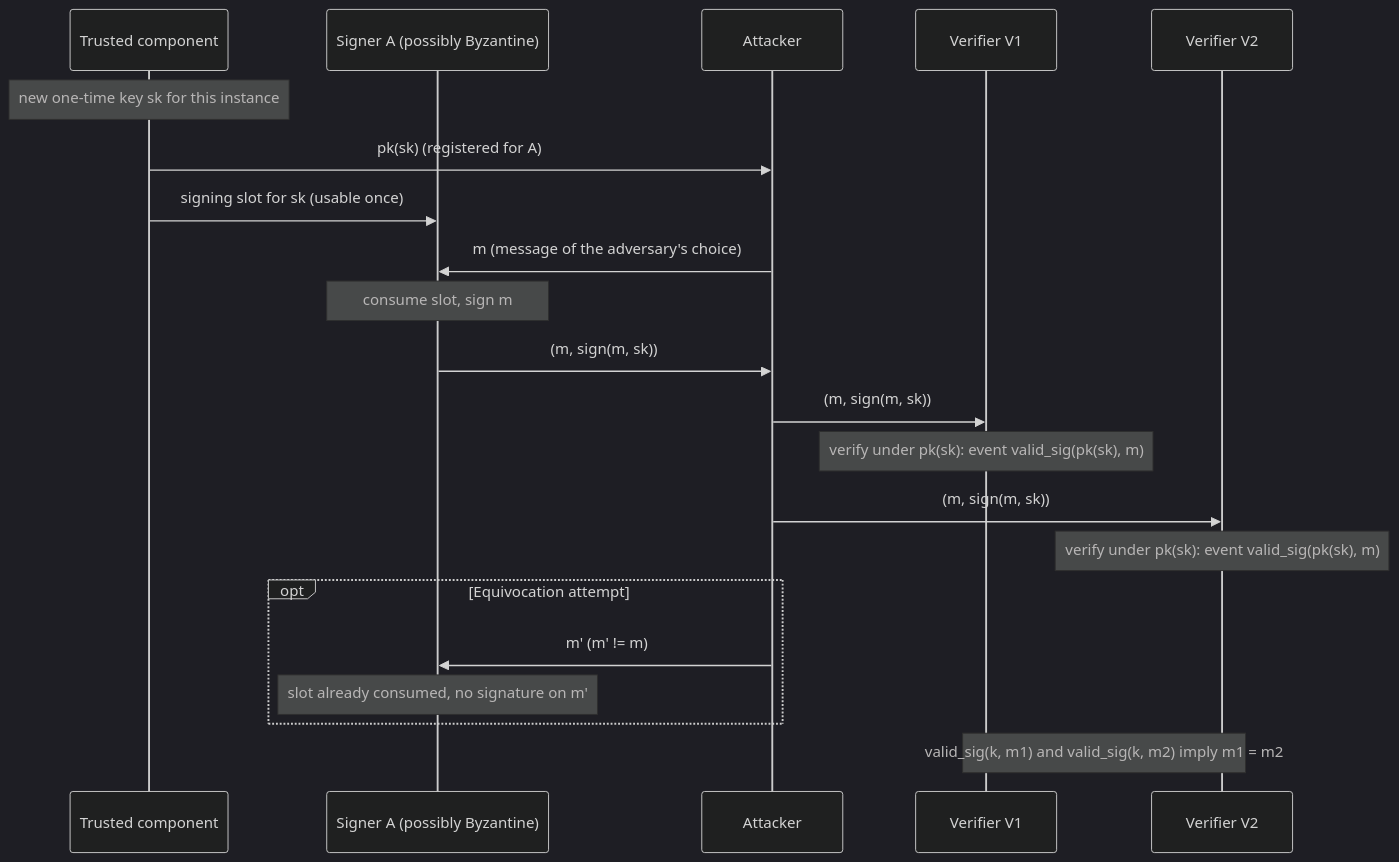
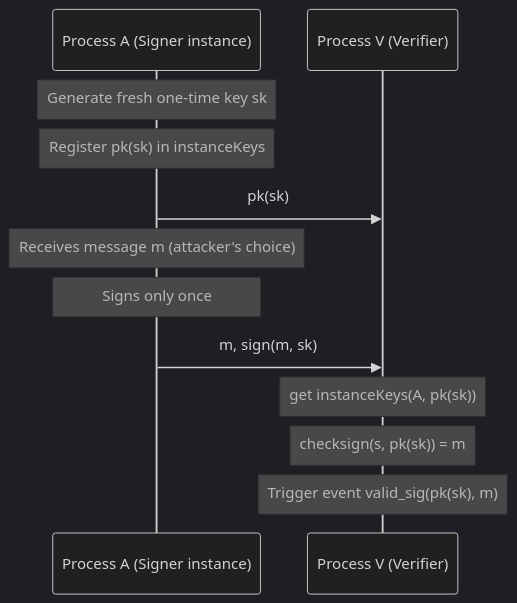
One commit to leonardtudorache/An-Executable-Taxonomy-of-Security-Properties-for-ProVerif-and-Tamarin changed the diagram in SecurityProperties/Integrity/Non-equivocation/Non-Equivocation.md. Above: the diagram before and after it, drawn with Mermaid (dark theme). The commit also changed 13 other files, not shown here.

Commit message:
Update visualizations and check diagrams

````diff
--- a/SecurityProperties/Integrity/Non-equivocation/Non-Equivocation.md
+++ b/SecurityProperties/Integrity/Non-equivocation/Non-Equivocation.md
@@ -3,28 +3,17 @@
 ```mermaid
 sequenceDiagram
-    participant TC as Trusted component
-    participant Signer as Signer A (possibly Byzantine)
-    participant Attacker
-    participant V1 as Verifier V1
-    participant V2 as Verifier V2
+    participant A as Process A (Signer instance)
+    participant V as Process V (Verifier)
 
-    Note over TC: new one-time key sk for this instance
-    TC->>Attacker: pk(sk) (registered for A)
-    TC->>Signer: signing slot for sk (usable once)
+    Note over A: Generate fresh one-time key sk
+    Note over A: Register pk(sk) in instanceKeys
+    A->>V: pk(sk)
 
-    Attacker->>Signer: m (message of the adversary's choice)
-    Note over Signer: consume slot, sign m
-    Signer->>Attacker: (m, sign(m, sk))
+    Note over A: Receives message m (attacker's choice)
+    Note over A: Signs only once
+    A->>V: m, sign(m, sk)
 
-    Attacker->>V1: (m, sign(m, sk))
-    Note over V1: verify under pk(sk): event valid_sig(pk(sk), m)
-    Attacker->>V2: (m, sign(m, sk))
-    Note over V2: verify under pk(sk): event valid_sig(pk(sk), m)
-
-    opt Equivocation attempt
-        Attacker->>Signer: m' (m' != m)
-        Note over Signer: slot already consumed, no signature on m'
-    end
-
-    Note over V1, V2: valid_sig(k, m1) and valid_sig(k, m2) imply m1 = m2
+    Note over V: get instanceKeys(A, pk(sk))
+    Note over V: checksign(s, pk(sk)) = m
+    Note over V: Trigger event valid_sig(pk(sk), m)
 ```
````
